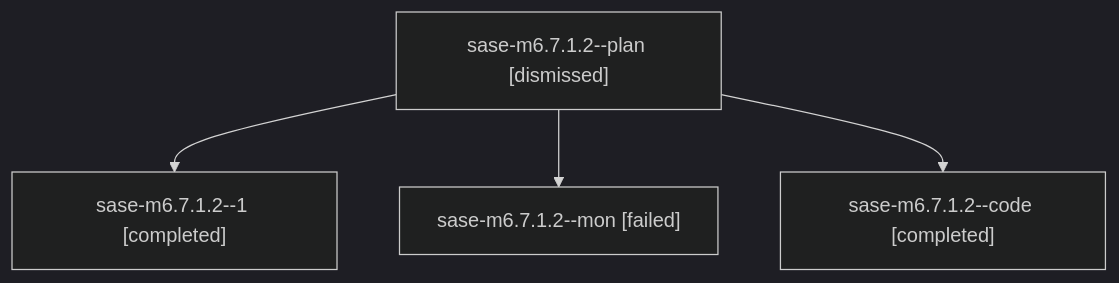
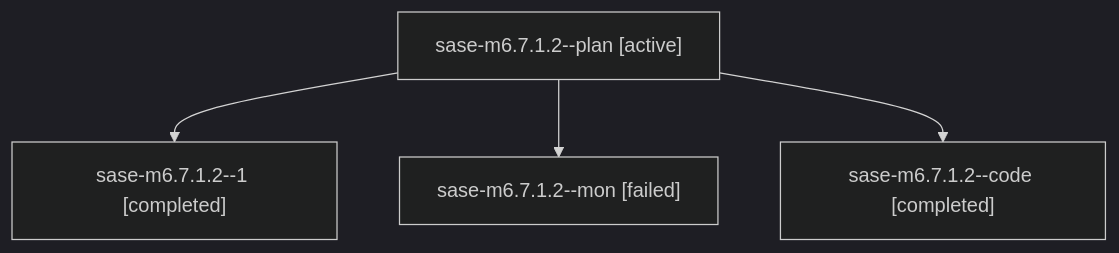
Before and after one commit to sase-org/sase--agents: the diagram in families/bbugyi200.athena.sase-m6.7.1.2.md, drawn with Mermaid (dark theme). The commit also changed other lines of this file and 35830 other files, not shown here.

````diff
--- a/families/bbugyi200.athena.sase-m6.7.1.2.md
+++ b/families/bbugyi200.athena.sase-m6.7.1.2.md
@@ -9,10 +9,10 @@
 ```mermaid
 flowchart TD
-  n0["sase-m6.7.1.2--plan [dismissed]"]
+  n0["sase-m6.7.1.2--plan [active]"]
   n1["sase-m6.7.1.2--1 [completed]"]
   n0 --> n1
   n2["sase-m6.7.1.2--mon [failed]"]
   n0 --> n2
   n3["sase-m6.7.1.2--code [completed]"]
   n0 --> n3
 ```
````
